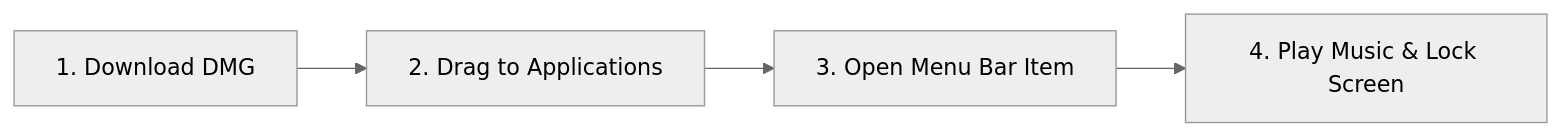
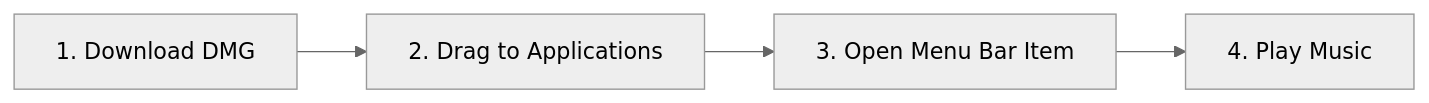
Before and after one commit to Gethub789/Valdi-Mac-App: the diagram in README.md, drawn with Mermaid (neutral theme). The commit also changed other lines of this file and 8 other files, not shown here.

````diff
--- a/README.md
+++ b/README.md
@@ -22,6 +22,6 @@
 ```mermaid
 flowchart LR
     A["1. Download DMG"] --> B["2. Drag to Applications"]
     B --> C["3. Open Menu Bar Item"]
-    C --> D["4. Play Music & Lock Screen"]
+    C --> D["4. Play Music"]
 ```
````
